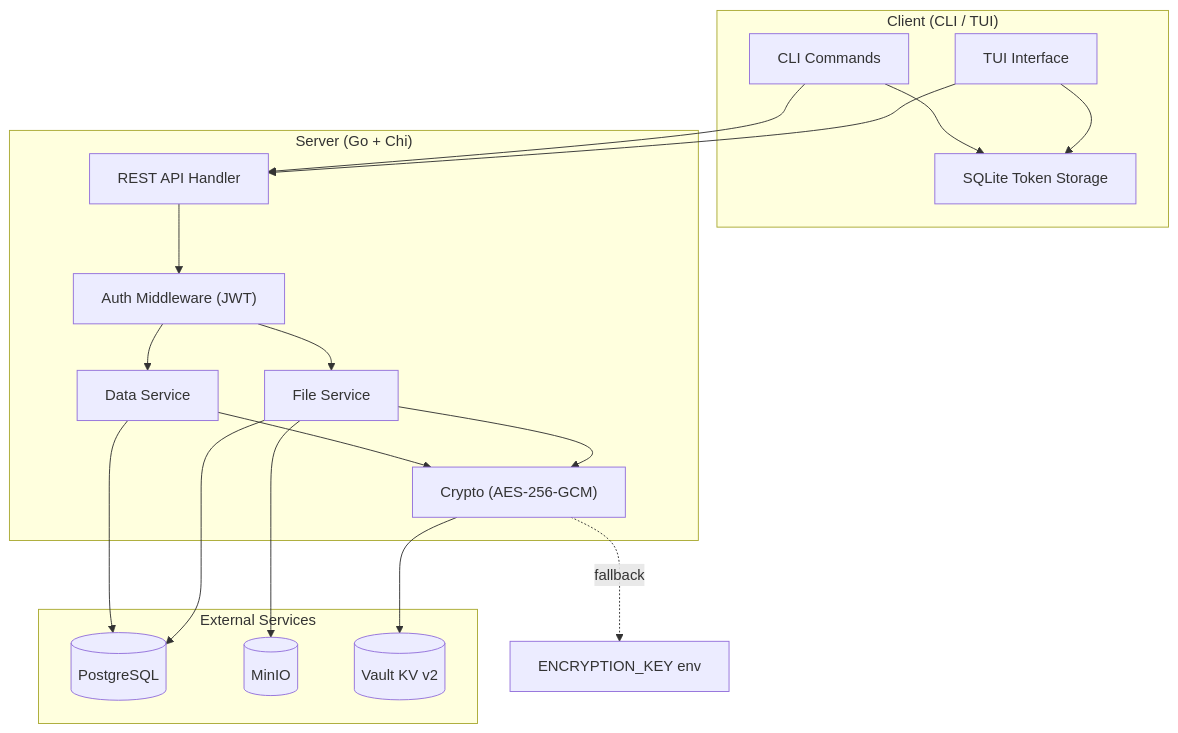
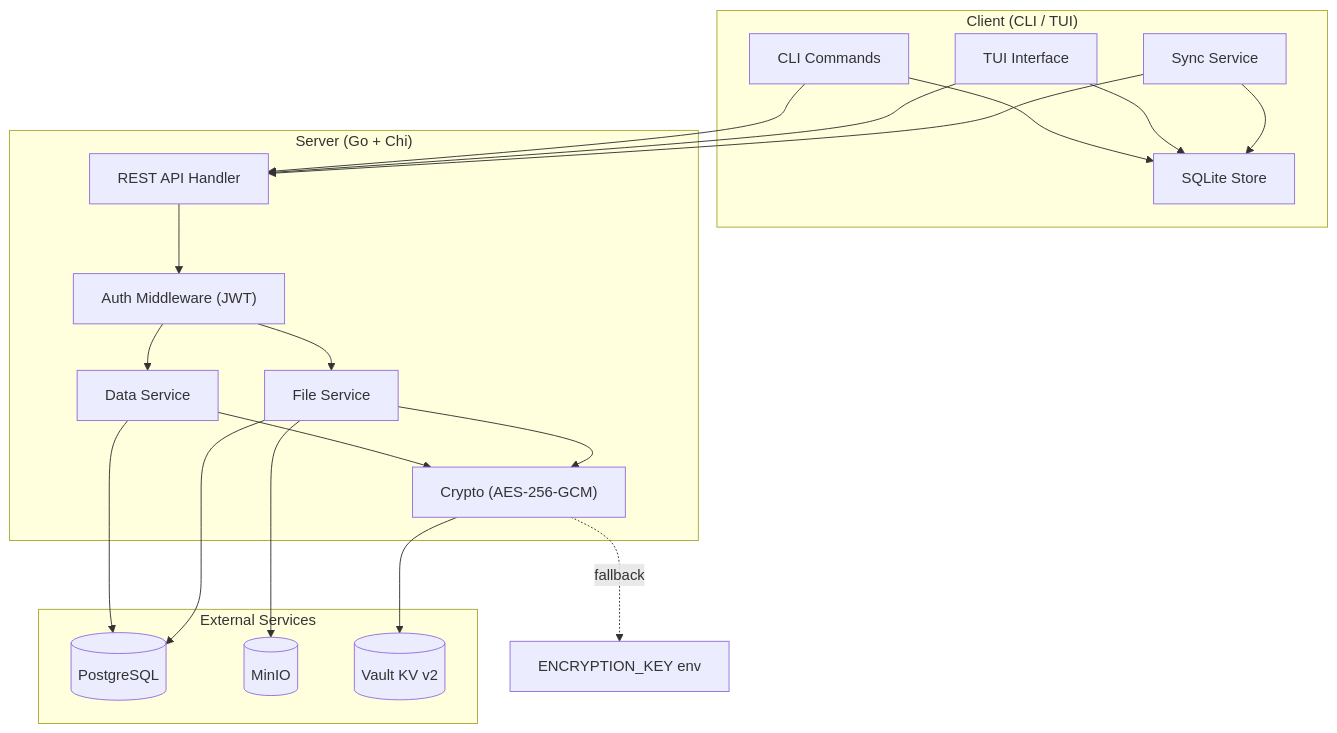
The first of 11 diagrams in docs/README.md (liebeSonne/gophkeeper), drawn with Mermaid before and after one commit. The commit also changed other lines of this file and 1 other file, not shown here.

````diff
--- a/docs/README.md
+++ b/docs/README.md
@@ -5,38 +5,41 @@
 ```mermaid
 graph TB
     subgraph Client["Client (CLI / TUI)"]
         CLI["CLI Commands"]
         TUI["TUI Interface"]
-        STORAGE["SQLite Token Storage"]
+        STORAGE["SQLite Store"]
+        SYNC["Sync Service"]
     end
 
     subgraph Server["Server (Go + Chi)"]
         API["REST API Handler"]
         AUTH["Auth Middleware (JWT)"]
         DATA_SVC["Data Service"]
         FILE_SVC["File Service"]
         CRYPTO["Crypto (AES-256-GCM)"]
     end
 
     subgraph External["External Services"]
         PG[(PostgreSQL)]
         MINIO[(MinIO)]
         VAULT[(Vault KV v2)]
     end
 
     CLI --> API
+    CLI --> STORAGE
     TUI --> API
-    CLI --> STORAGE
     TUI --> STORAGE
+    SYNC --> API
+    SYNC --> STORAGE
 
     API --> AUTH
     AUTH --> DATA_SVC
     AUTH --> FILE_SVC
     DATA_SVC --> CRYPTO
     FILE_SVC --> CRYPTO
     DATA_SVC --> PG
     FILE_SVC --> PG
     FILE_SVC --> MINIO
     CRYPTO --> VAULT
     CRYPTO -.->|"fallback"| ENV["ENCRYPTION_KEY env"]
 ```
````
